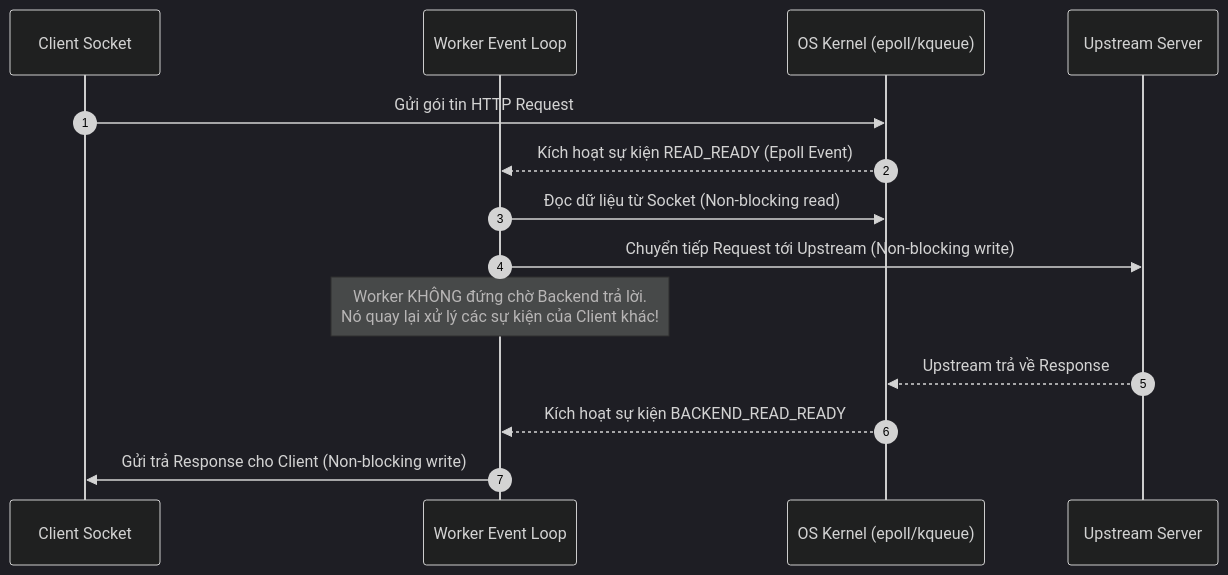
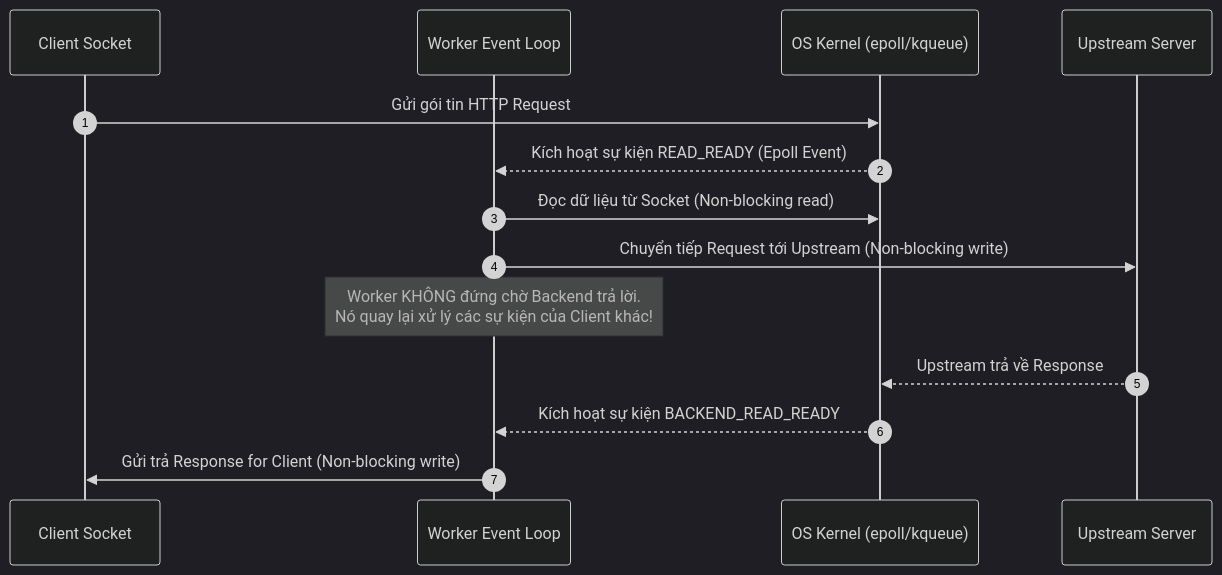
One commit to MaiTheHao/docs changed the second of 3 diagrams in nginx/02_architecture_and_core_concepts.md. Above: the diagram before and after it, drawn with Mermaid (dark theme). The commit also changed other lines of this file and 10 other files, not shown here.

````diff
--- a/nginx/02_architecture_and_core_concepts.md
+++ b/nginx/02_architecture_and_core_concepts.md
@@ -77,17 +100,17 @@
 ```mermaid
 sequenceDiagram
     autonumber
     participant Client as Client Socket
     participant EventLoop as Worker Event Loop
     participant Kernel as OS Kernel (epoll/kqueue)
     participant Backend as Upstream Server
 
     Client->>Kernel: Gửi gói tin HTTP Request
     Kernel-->>EventLoop: Kích hoạt sự kiện READ_READY (Epoll Event)
     EventLoop->>Kernel: Đọc dữ liệu từ Socket (Non-blocking read)
     EventLoop->>Backend: Chuyển tiếp Request tới Upstream (Non-blocking write)
     Note over EventLoop: Worker KHÔNG đứng chờ Backend trả lời.<br/>Nó quay lại xử lý các sự kiện của Client khác!
     Backend-->>Kernel: Upstream trả về Response
     Kernel-->>EventLoop: Kích hoạt sự kiện BACKEND_READ_READY
-    EventLoop->>Client: Gửi trả Response cho Client (Non-blocking write)
+    EventLoop->>Client: Gửi trả Response for Client (Non-blocking write)
 ```
````
